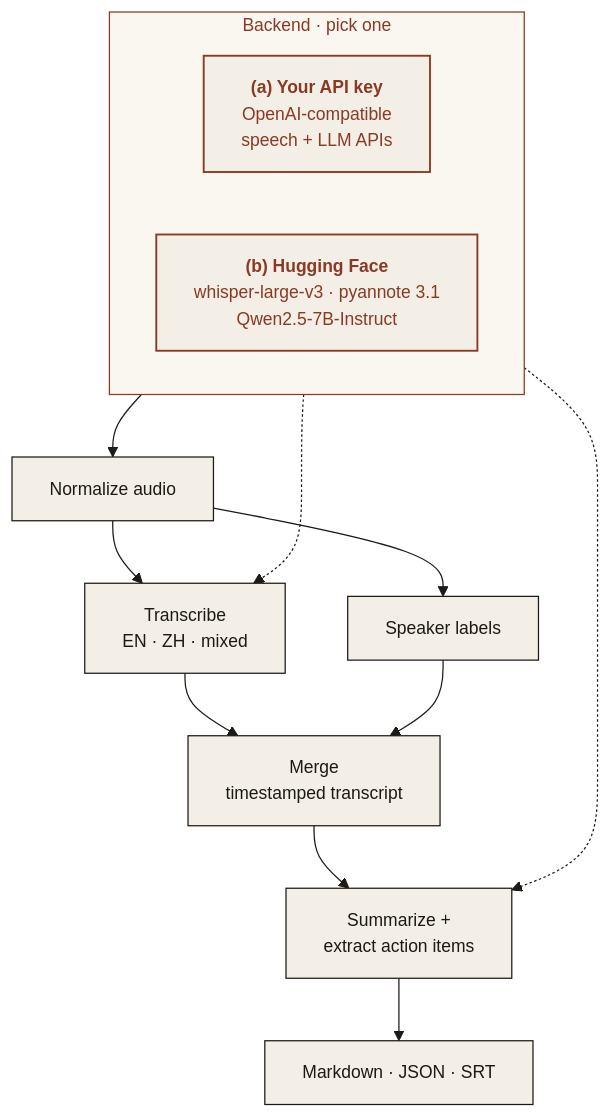
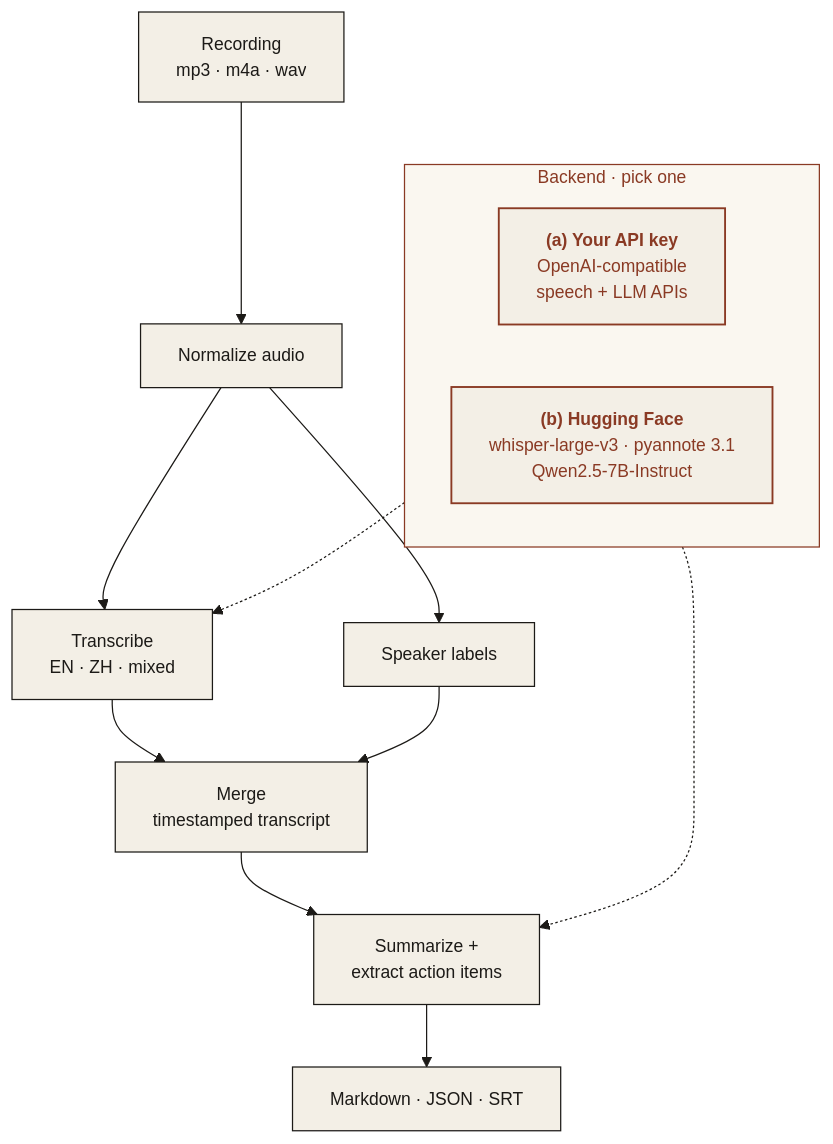
Before and after one commit to ModelShifts/meeting-notes: the diagram in README.md, drawn with Mermaid.

Commit message:
Use distinct ids for backend nodes in the diagram

````diff
--- a/README.md
+++ b/README.md
@@ -26,22 +26,22 @@
 ```mermaid
 %%{init: {"theme":"base","flowchart":{"curve":"basis","wrappingWidth":260},"themeVariables":{"fontFamily":"Georgia, Times New Roman, serif","fontSize":"14px","primaryColor":"#f3efe6","primaryTextColor":"#1c1a17","primaryBorderColor":"#1c1a17","lineColor":"#1c1a17","clusterBkg":"#faf7f0","clusterBorder":"#8a3a24","titleColor":"#8a3a24","edgeLabelBackground":"#f3efe6"}}}%%
 flowchart TB
   A["Recording<br/>mp3 · m4a · wav"]:::ink --> N["Normalize audio"]:::ink
   N --> T["Transcribe<br/>EN · ZH · mixed"]:::ink
   N --> SP["Speaker labels"]:::ink
   T --> M["Merge<br/>timestamped transcript"]:::ink
   SP --> M
   M --> S["Summarize +<br/>extract action items"]:::ink
   S --> O["Markdown · JSON · SRT"]:::ink
   subgraph BK["Backend · pick one"]
     direction LR
-    A["<b>(a) Your API key</b><br/>OpenAI-compatible<br/>speech + LLM APIs"]:::rust
-    H["<b>(b) Hugging Face</b><br/>whisper-large-v3 · pyannote 3.1<br/>Qwen2.5-7B-Instruct"]:::rust
+    BKA["<b>(a) Your API key</b><br/>OpenAI-compatible<br/>speech + LLM APIs"]:::rust
+    BKH["<b>(b) Hugging Face</b><br/>whisper-large-v3 · pyannote 3.1<br/>Qwen2.5-7B-Instruct"]:::rust
   end
   BK -.-> T
   BK -.-> S
 
   classDef cl fill:#faf7f0,stroke:#8a3a24,stroke-dasharray:4 3,color:#8a3a24;
   classDef ink fill:#f3efe6,stroke:#1c1a17,color:#1c1a17,stroke-width:1px;
   classDef rust fill:#f3efe6,stroke:#8a3a24,color:#8a3a24,stroke-width:1.5px;
 ```
````
